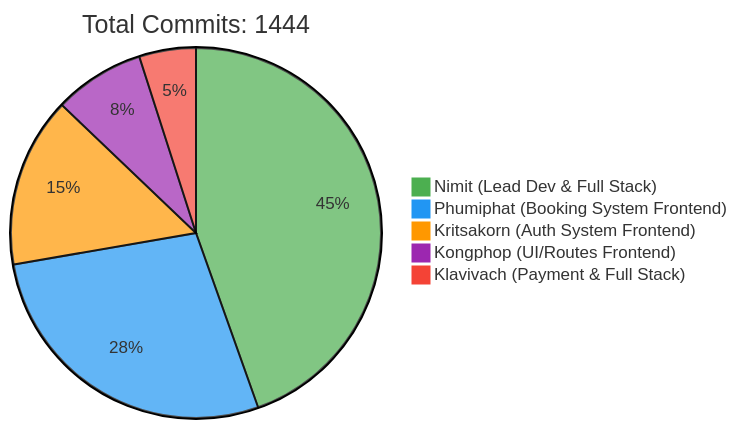
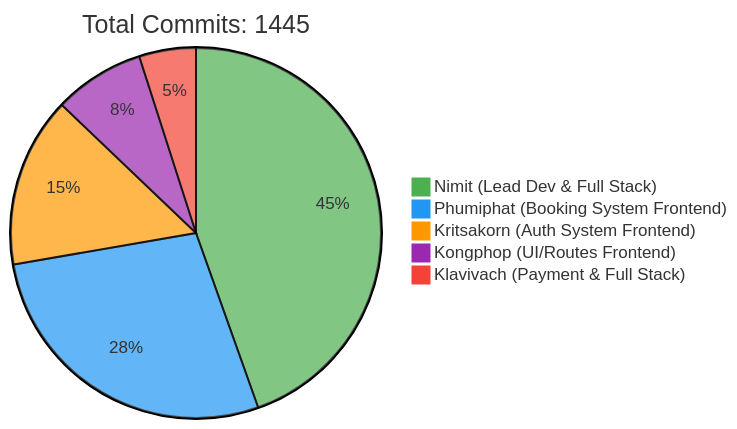
One commit to 6531503042/Sport-Complex changed the first of 2 diagrams in README.md. Above: the diagram before and after it, drawn with Mermaid. The commit also changed other lines of this file, not shown here.

Commit message:
docs: Update contributor statistics [skip ci]

````diff
--- a/README.md
+++ b/README.md
@@ -257,10 +257,10 @@
 ```mermaid
 %%{init: {'theme': 'base', 'themeVariables': { 'pie1': '#4CAF50', 'pie2': '#2196F3', 'pie3': '#FF9800', 'pie4': '#9C27B0', 'pie5': '#F44336'}}}%%
 pie
-    title Total Commits: 1444
+    title Total Commits: 1445
     "Nimit (Lead Dev & Full Stack)" : 450
     "Phumiphat (Booking System Frontend)" : 280
     "Kritsakorn (Auth System Frontend)" : 150
     "Kongphop (UI/Routes Frontend)" : 80
     "Klavivach (Payment & Full Stack)" : 50
 ```
````
